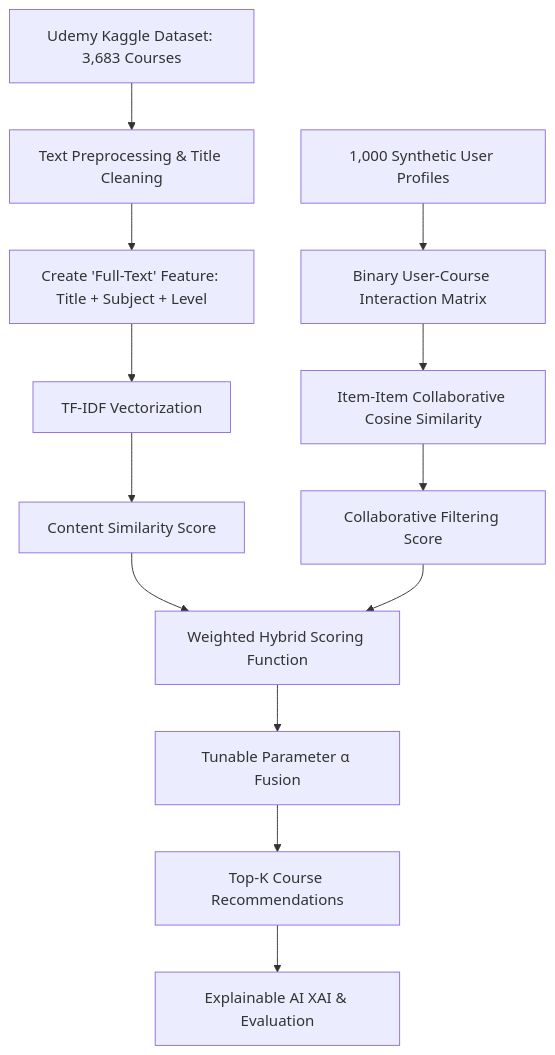
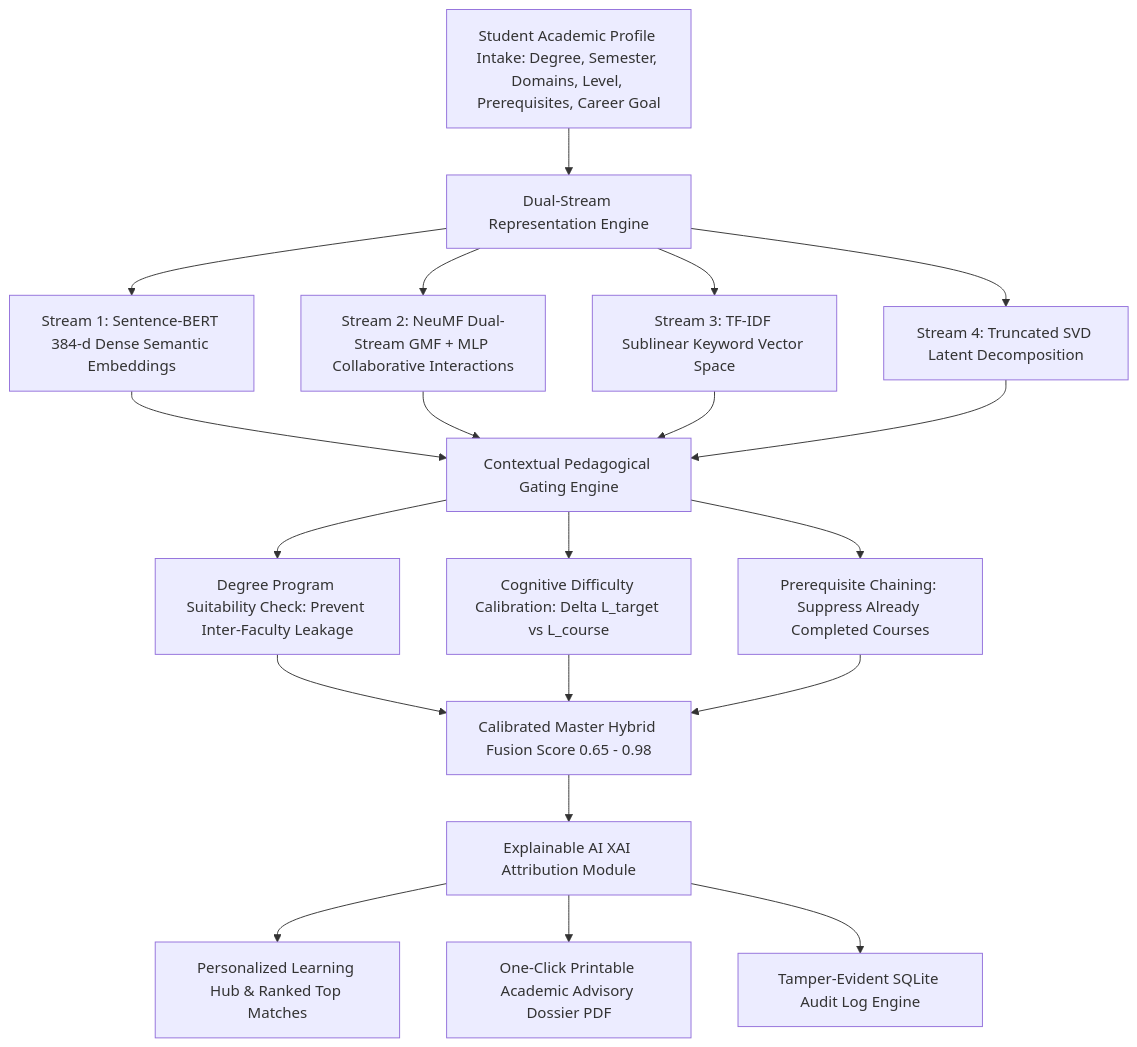
The diagram in README.md (JayantShoundik/SmartRecSys), drawn with Mermaid before and after one commit. The commit also changed other lines of this file and 3 other files, not shown here.

````diff
--- a/README.md
+++ b/README.md
@@ -34,20 +79,27 @@
 ```mermaid
 graph TD
-    A[Udemy Kaggle Dataset: 3,683 Courses] --> B[Text Preprocessing & Title Cleaning]
-    B --> C[Create 'Full-Text' Feature: Title + Subject + Level]
-    C --> D[TF-IDF Vectorization]
+    A[Student Academic Profile Intake: Degree, Semester, Domains, Level, Prerequisites, Career Goal] --> B[Dual-Stream Representation Engine]
     
-    E[1,000 Synthetic User Profiles] --> F[Binary User-Course Interaction Matrix]
-    F --> G[Item-Item Collaborative Cosine Similarity]
+    B --> C[Stream 1: Sentence-BERT 384-d Dense Semantic Embeddings]
+    B --> D[Stream 2: NeuMF Dual-Stream GMF + MLP Collaborative Interactions]
+    B --> E[Stream 3: TF-IDF Sublinear Keyword Vector Space]
+    B --> F[Stream 4: Truncated SVD Latent Decomposition]
     
-    D --> H[Content Similarity Score]
-    G --> I[Collaborative Filtering Score]
+    C --> G[Contextual Pedagogical Gating Engine]
+    D --> G
+    E --> G
+    F --> G
     
-    H --> J[Weighted Hybrid Scoring Function]
-    I --> J
+    G --> H[Degree Program Suitability Check: Prevent Inter-Faculty Leakage]
+    G --> I[Cognitive Difficulty Calibration: Delta L_target vs L_course]
+    G --> J[Prerequisite Chaining: Suppress Already Completed Courses]
     
-    J --> K[Tunable Parameter α Fusion]
-    K --> L[Top-K Course Recommendations]
+    H --> K[Calibrated Master Hybrid Fusion Score 0.65 - 0.98]
+    I --> K
+    J --> K
     
-    L --> M[Explainable AI XAI & Evaluation]
+    K --> L[Explainable AI XAI Attribution Module]
+    L --> M[Personalized Learning Hub & Ranked Top Matches]
+    L --> N[One-Click Printable Academic Advisory Dossier PDF]
+    L --> O[Tamper-Evident SQLite Audit Log Engine]
 ```
````
